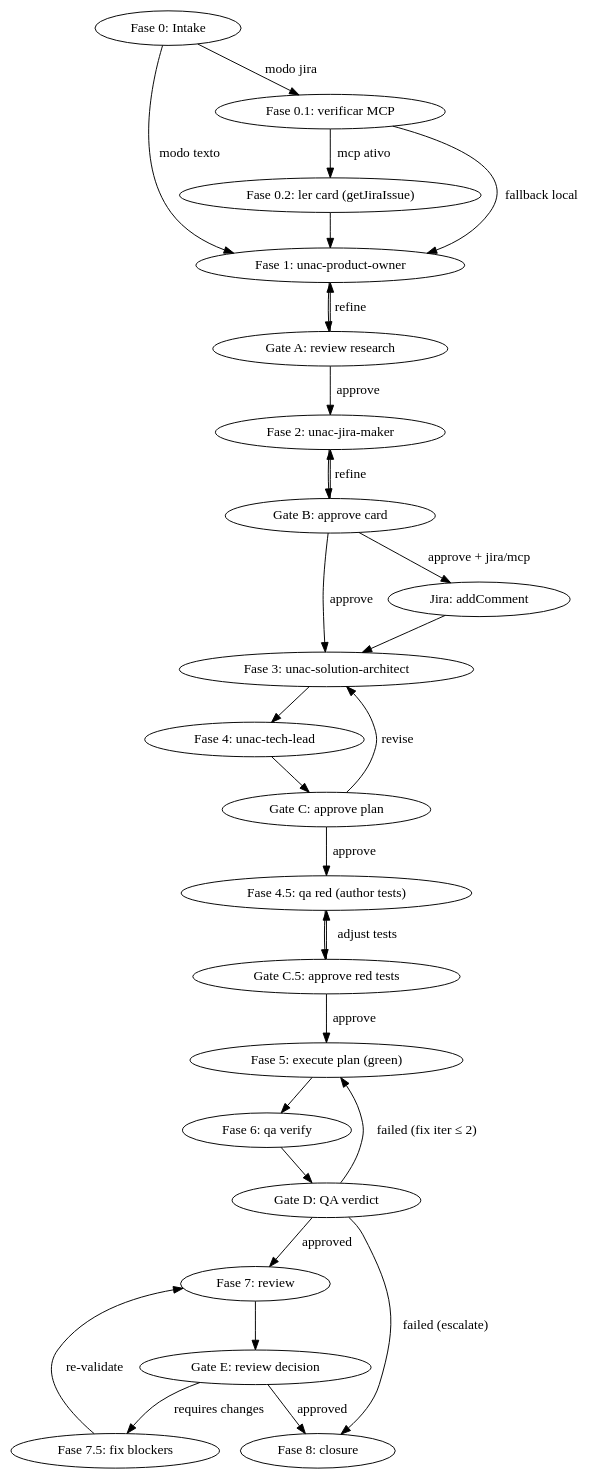
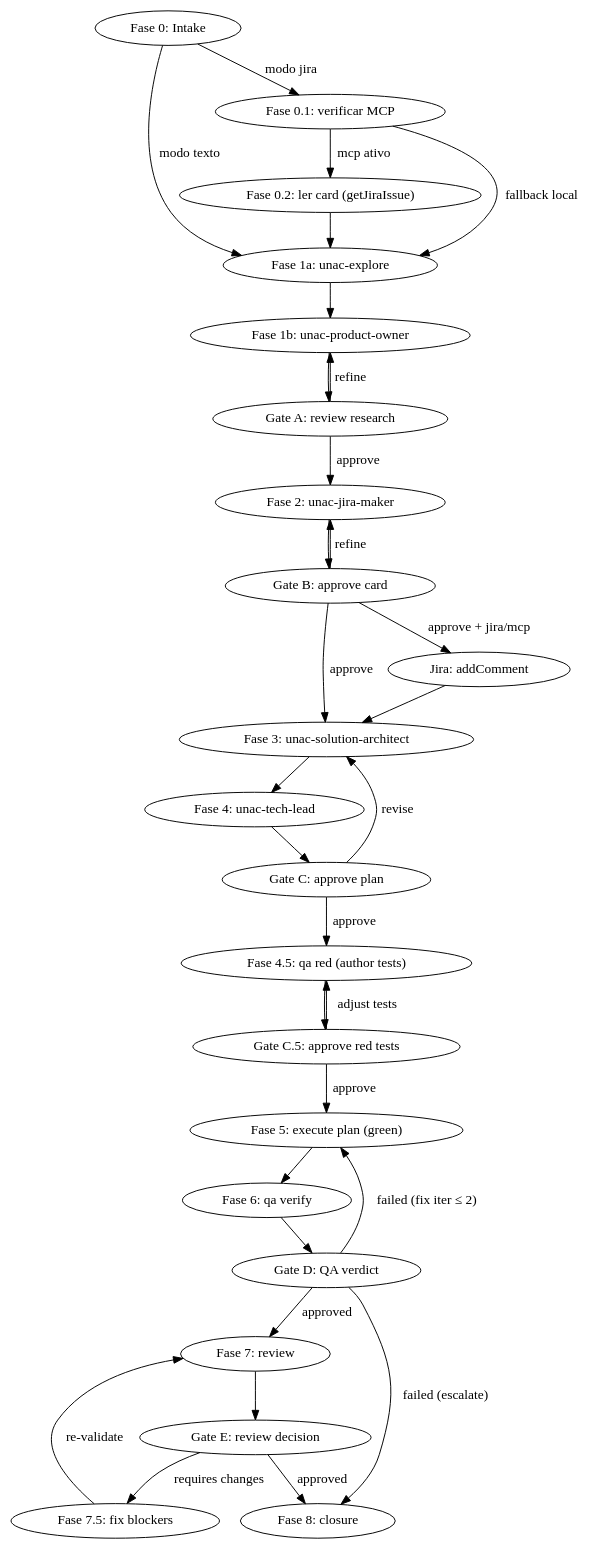
The diagram in skills-claude/unac-pipeline/SKILL.md (uesleinasch/unac-agents), drawn with Graphviz before and after one commit. The commit also changed other lines of this file and 1 other file, not shown here.

Commit message:
feat(pipeline): wire unac-explore into Fase 1; PO consumes verified context

````diff
--- a/skills-claude/unac-pipeline/SKILL.md
+++ b/skills-claude/unac-pipeline/SKILL.md
@@ -36,33 +36,34 @@
 ```dot
 digraph unac_pipeline {
-    "Fase 0: Intake" -> "Fase 1: unac-product-owner" [label="modo texto"];
+    "Fase 0: Intake" -> "Fase 1a: unac-explore" [label="modo texto"];
     "Fase 0: Intake" -> "Fase 0.1: verificar MCP" [label="modo jira"];
     "Fase 0.1: verificar MCP" -> "Fase 0.2: ler card (getJiraIssue)" [label="mcp ativo"];
-    "Fase 0.1: verificar MCP" -> "Fase 1: unac-product-owner" [label="fallback local"];
-    "Fase 0.2: ler card (getJiraIssue)" -> "Fase 1: unac-product-owner";
-    "Fase 1: unac-product-owner" -> "Gate A: review research";
+    "Fase 0.1: verificar MCP" -> "Fase 1a: unac-explore" [label="fallback local"];
+    "Fase 0.2: ler card (getJiraIssue)" -> "Fase 1a: unac-explore";
+    "Fase 1a: unac-explore" -> "Fase 1b: unac-product-owner";
+    "Fase 1b: unac-product-owner" -> "Gate A: review research";
     "Gate A: review research" -> "Fase 2: unac-jira-maker" [label="approve"];
-    "Gate A: review research" -> "Fase 1: unac-product-owner" [label="refine"];
+    "Gate A: review research" -> "Fase 1b: unac-product-owner" [label="refine"];
     "Fase 2: unac-jira-maker" -> "Gate B: approve card";
     "Gate B: approve card" -> "Fase 3: unac-solution-architect" [label="approve"];
     "Gate B: approve card" -> "Jira: addComment" [label="approve + jira/mcp"];
     "Jira: addComment" -> "Fase 3: unac-solution-architect";
     "Gate B: approve card" -> "Fase 2: unac-jira-maker" [label="refine"];
     "Fase 3: unac-solution-architect" -> "Fase 4: unac-tech-lead";
     "Fase 4: unac-tech-lead" -> "Gate C: approve plan";
     "Gate C: approve plan" -> "Fase 4.5: qa red (author tests)" [label="approve"];
     "Gate C: approve plan" -> "Fase 3: unac-solution-architect" [label="revise"];
     "Fase 4.5: qa red (author tests)" -> "Gate C.5: approve red tests";
     "Gate C.5: approve red tests" -> "Fase 5: execute plan (green)" [label="approve"];
     "Gate C.5: approve red tests" -> "Fase 4.5: qa red (author tests)" [label="adjust tests"];
     "Fase 5: execute plan (green)" -> "Fase 6: qa verify";
     "Fase 6: qa verify" -> "Gate D: QA verdict";
     "Gate D: QA verdict" -> "Fase 7: review" [label="approved"];
     "Gate D: QA verdict" -> "Fase 5: execute plan (green)" [label="failed (fix iter ≤ 2)"];
     "Gate D: QA verdict" -> "Fase 8: closure" [label="failed (escalate)"];
     "Fase 7: review" -> "Gate E: review decision";
     "Gate E: review decision" -> "Fase 8: closure" [label="approved"];
     "Gate E: review decision" -> "Fase 7.5: fix blockers" [label="requires changes"];
     "Fase 7.5: fix blockers" -> "Fase 7: review" [label="re-validate"];
 }
 ```
````
